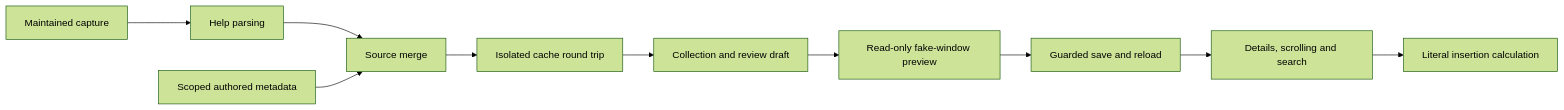
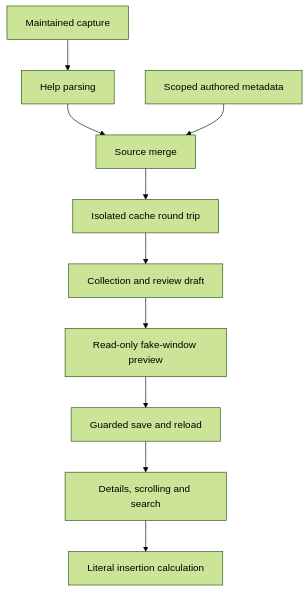
One commit to Usrnmna/CLI-InteractiveHelpMenu changed the diagram in docs/numerical-inventory/step8-verification.md. Above: the diagram before and after it, drawn with Mermaid (forest theme). The commit also changed 30 other files, not shown here.

````diff
--- a/docs/numerical-inventory/step8-verification.md
+++ b/docs/numerical-inventory/step8-verification.md
@@ -23,12 +23,12 @@
 ```mermaid
-flowchart LR
+flowchart TD
     C[Maintained capture] --> P[Help parsing]
     P --> M[Source merge]
     Q[Scoped authored metadata] --> M
     M --> K[Isolated cache round trip]
     K --> D[Collection and review draft]
     D --> V[Read-only fake-window preview]
     V --> S[Guarded save and reload]
     S --> U[Details, scrolling and search]
     U --> I[Literal insertion calculation]
 ```
````
